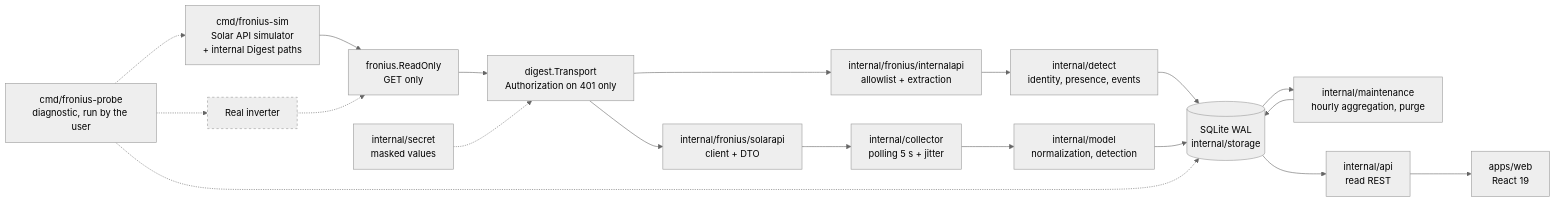
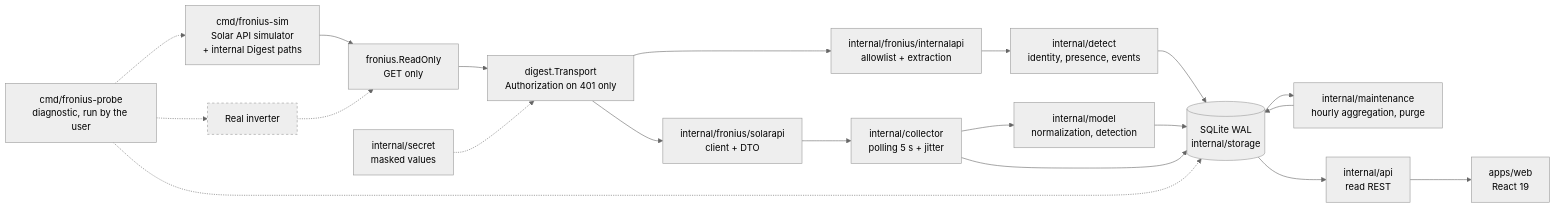
The diagram in docs/ARCHITECTURE.md (remylavergne/fronius-dashboard), drawn with Mermaid (neutral theme) before and after one commit. The commit also changed other lines of this file and 42 other files, not shown here.

````diff
--- a/docs/ARCHITECTURE.md
+++ b/docs/ARCHITECTURE.md
@@ -9,35 +9,36 @@
 ```mermaid
 flowchart LR
   SIM["cmd/fronius-sim<br/>Solar API simulator<br/>+ internal Digest paths"]
   INV["Real inverter"]:::futur
   RO["fronius.ReadOnly<br/>GET only"]
   DG["digest.Transport<br/>Authorization on 401 only"]
   SA["internal/fronius/solarapi<br/>client + DTO"]
   IA["internal/fronius/internalapi<br/>allowlist + extraction"]
   COL["internal/collector<br/>polling 5 s + jitter"]
   DET["internal/detect<br/>identity, presence, events"]
   MAINT["internal/maintenance<br/>hourly aggregation, purge"]
   MOD["internal/model<br/>normalization, detection"]
   SEC["internal/secret<br/>masked values"]
   DB[("SQLite WAL<br/>internal/storage")]
   API["internal/api<br/>read REST"]
   WEB["apps/web<br/>React 19"]
   PROBE["cmd/fronius-probe<br/>diagnostic, run by the user"]
 
   SIM --> RO
   INV -.-> RO
   RO --> DG
   DG --> SA --> COL
   DG --> IA --> DET
   DET --> DB
   COL --> MOD --> DB
+  COL --> DB
   MAINT --> DB
   DB --> MAINT
   SEC -.-> DG
   PROBE -.-> SIM
   PROBE -.-> INV
   PROBE -.-> DB
   DB --> API --> WEB
 
   classDef futur stroke-dasharray: 4 4
 ```
````
